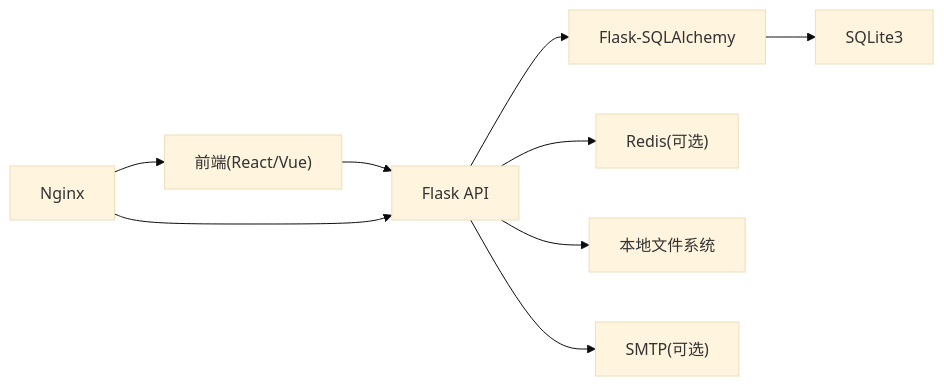
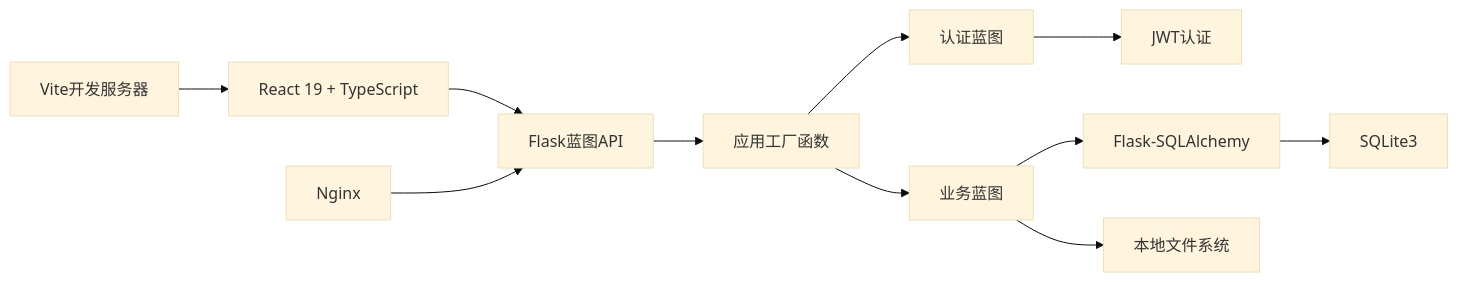
Before and after one commit to wyg5208/website_diy: the sixth of 6 diagrams in .qoder/repowiki/zh/content/技术架构设计/技术架构设计.md, drawn with Mermaid (base theme). The commit also changed other lines of this file and 43 other files, not shown here.

````diff
--- a/.qoder/repowiki/zh/content/技术架构设计/技术架构设计.md
+++ b/.qoder/repowiki/zh/content/技术架构设计/技术架构设计.md
@@ -327,11 +335,13 @@
 ```mermaid
 graph LR
-FE["前端(React/Vue)"] --> API["Flask API"]
-API --> ORM["Flask-SQLAlchemy"]
+Frontend["React 19 + TypeScript"] --> API["Flask蓝图API"]
+API --> Factory["应用工厂函数"]
+Factory --> AuthBP["认证蓝图"]
+Factory --> APIBP["业务蓝图"]
+AuthBP --> JWT["JWT认证"]
+APIBP --> ORM["Flask-SQLAlchemy"]
 ORM --> DB["SQLite3"]
-API --> Cache["Redis(可选)"]
-API --> FS["本地文件系统"]
-API --> Mail["SMTP(可选)"]
+APIBP --> FS["本地文件系统"]
 Nginx["Nginx"] --> API
-Nginx --> FE
+Vite["Vite开发服务器"] --> Frontend
 ```
````
